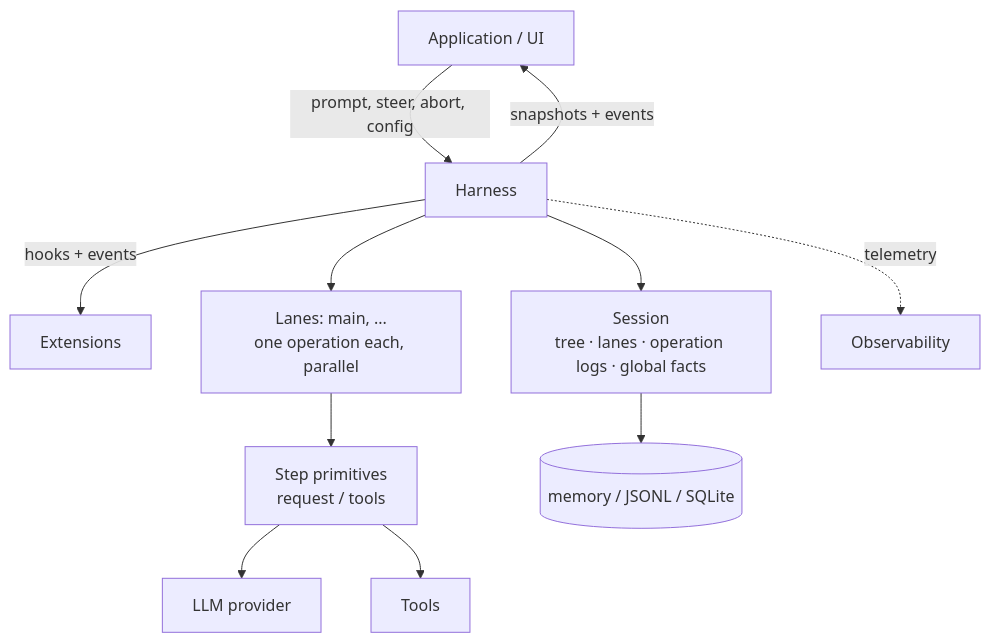
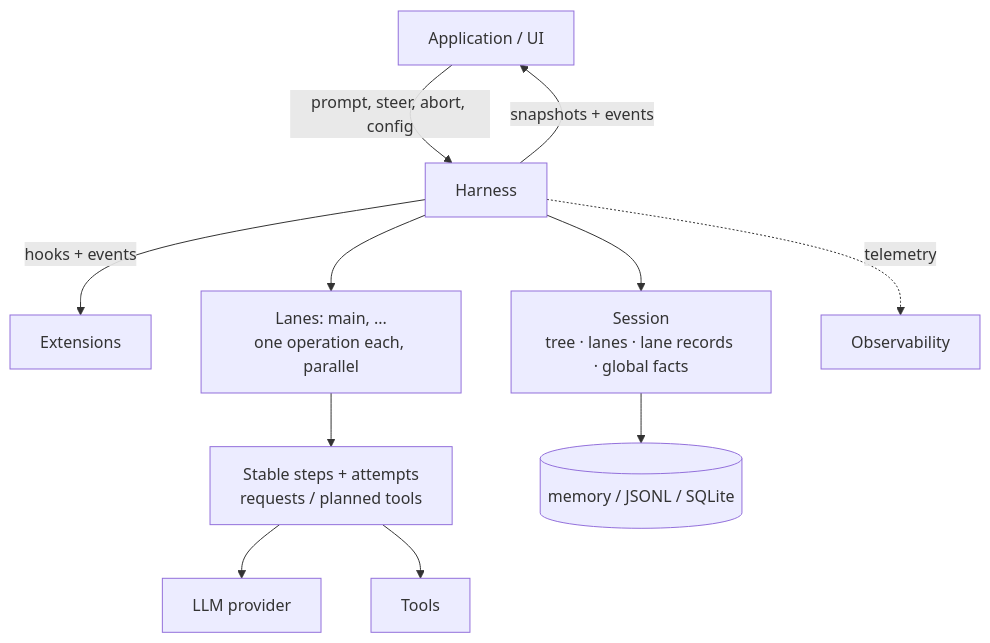
One commit to draht-dev/draht changed the first of 2 diagrams in packages/agent/docs/harness-v2.md. Above: the diagram before and after it, drawn with Mermaid. The commit also changed other lines of this file, not shown here.

First line of the commit message:
upstream: docs(agent): reconcile durable harness design

````diff
--- a/packages/agent/docs/harness-v2.md
+++ b/packages/agent/docs/harness-v2.md
@@ -5,13 +5,13 @@
 ```mermaid
 flowchart TD
     App[Application / UI] -->|prompt, steer, abort, config| Harness
     Harness -->|snapshots + events| App
     Harness -->|hooks + events| Ext[Extensions]
     Harness --> Lanes[Lanes: main, ...<br/>one operation each, parallel]
-    Lanes --> Loop[Step primitives<br/>request / tools]
+    Lanes --> Loop[Stable steps + attempts<br/>requests / planned tools]
     Loop --> Provider[LLM provider]
     Loop --> Tools[Tools]
-    Harness --> Session[Session<br/>tree · lanes · operation logs · global facts]
+    Harness --> Session[Session<br/>tree · lanes · lane records · global facts]
     Session --> Storage[(memory / JSONL / SQLite)]
     Harness -.->|telemetry| Obs[Observability]
 ```
````
